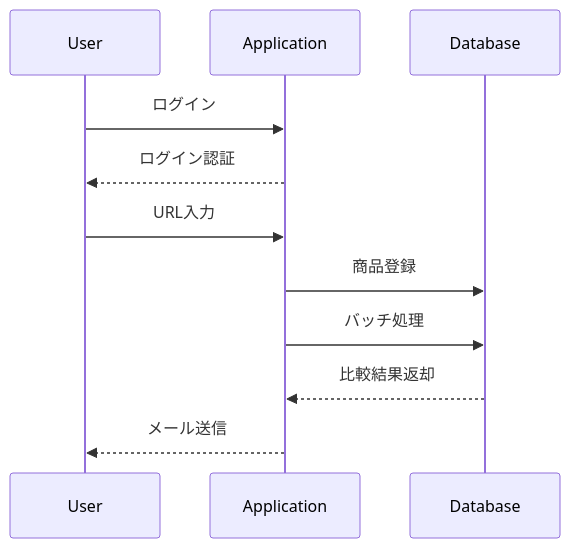
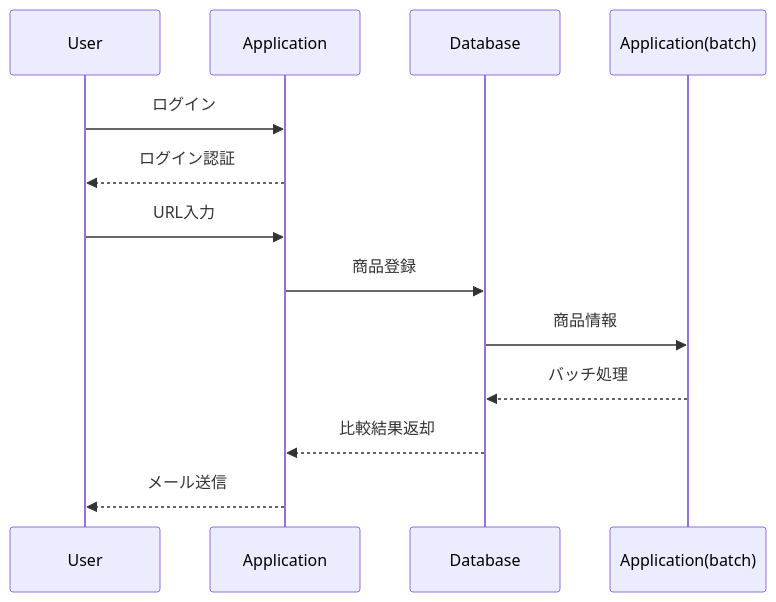
One commit to manae111/scraping-app changed the second of 2 diagrams in README.md. Above: the diagram before and after it, drawn with Mermaid.

````diff
--- a/README.md
+++ b/README.md
@@ -137,17 +137,19 @@
 ```mermaid
 
 sequenceDiagram
     participant User
     participant Application
     participant Database
+    participant Application(batch)
 
     User ->> Application: ログイン
     Application -->> User: ログイン認証
 
     User ->> Application: URL入力
     Application ->> Database: 商品登録
-    Application ->> Database: バッチ処理
+    Database ->> Application(batch): 商品情報
+    Application(batch) -->> Database: バッチ処理
     Database -->> Application: 比較結果返却
   　Application -->> User: メール送信
 
 ```
````
